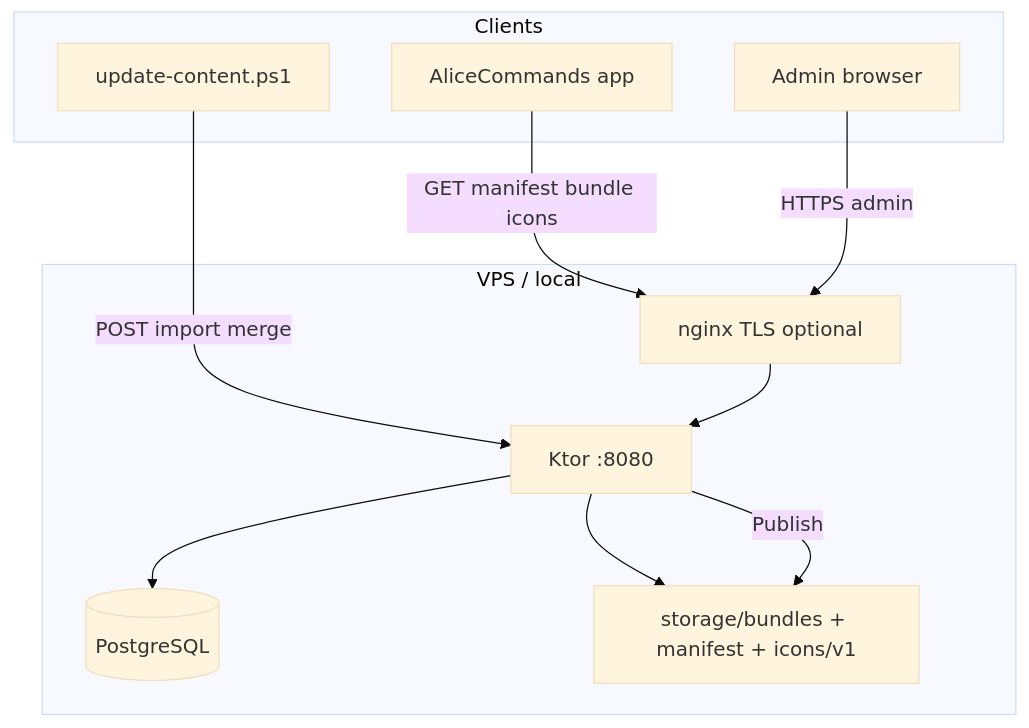
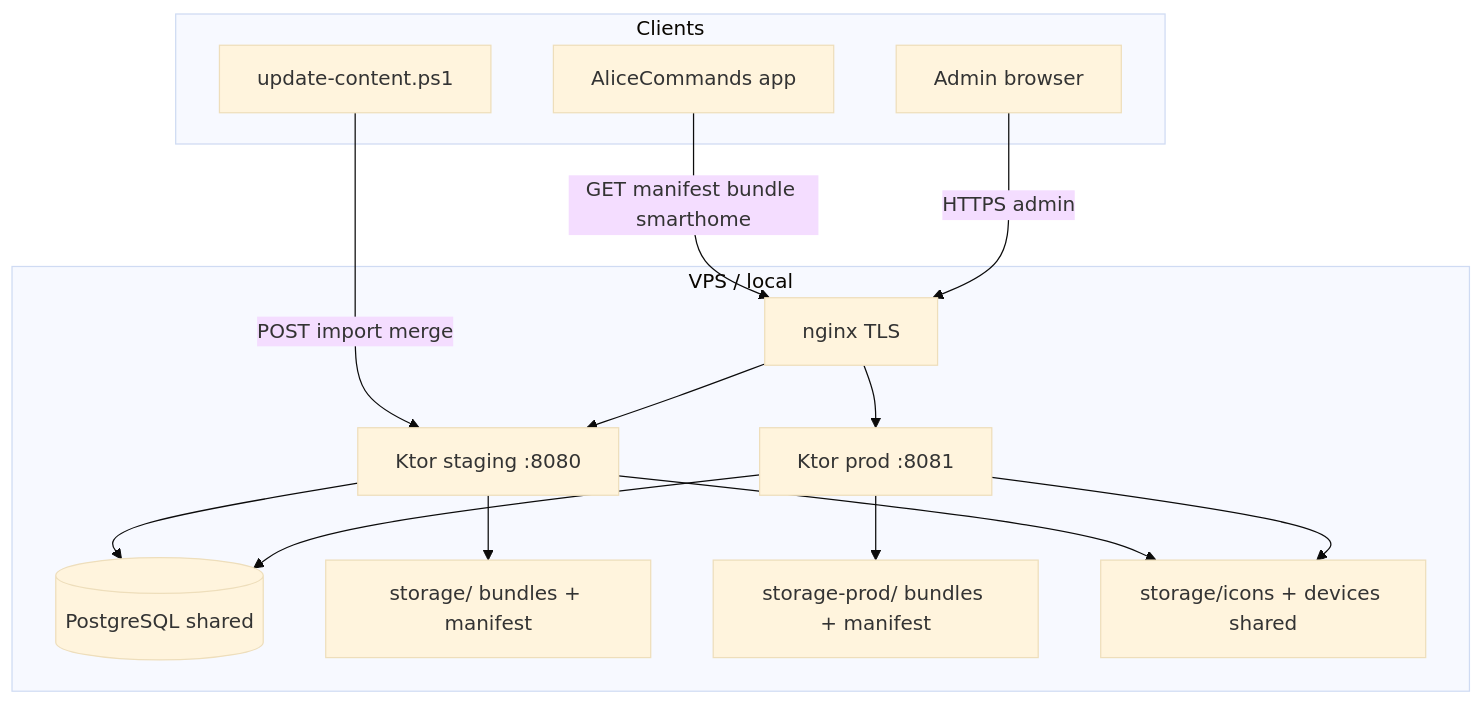
One commit to MironBano/alice-commands-api changed the first of 2 diagrams in docs/ARCHITECTURE.md. Above: the diagram before and after it, drawn with Mermaid (base theme). The commit also changed other lines of this file and 310 other files, not shown here.

````diff
--- a/docs/ARCHITECTURE.md
+++ b/docs/ARCHITECTURE.md
@@ -95,21 +101,28 @@
 ```mermaid
 flowchart TB
   subgraph clients [Clients]
     Android[AliceCommands app]
     Browser[Admin browser]
     Scripts[update-content.ps1]
   end
   subgraph vps [VPS / local]
-    Nginx[nginx TLS optional]
-    Ktor[Ktor :8080]
-    PG[(PostgreSQL)]
-    FS[storage/bundles + manifest + icons/v1]
+    Nginx[nginx TLS]
+    KtorStaging[Ktor staging :8080]
+    KtorProd[Ktor prod :8081]
+    PG[(PostgreSQL shared)]
+    FSStaging[storage/ bundles + manifest]
+    FSProd[storage-prod/ bundles + manifest]
+    FSStatic[storage/icons + devices shared]
   end
-  Android -->|GET manifest bundle icons| Nginx
+  Android -->|GET manifest bundle smarthome| Nginx
   Browser -->|HTTPS admin| Nginx
-  Scripts -->|POST import merge| Ktor
-  Nginx --> Ktor
-  Ktor --> PG
-  Ktor --> FS
-  Ktor -->|Publish| FS
+  Scripts -->|POST import merge| KtorStaging
+  Nginx --> KtorStaging
+  Nginx --> KtorProd
+  KtorStaging --> PG
+  KtorProd --> PG
+  KtorStaging --> FSStaging
+  KtorProd --> FSProd
+  KtorStaging --> FSStatic
+  KtorProd --> FSStatic
 ```
````
